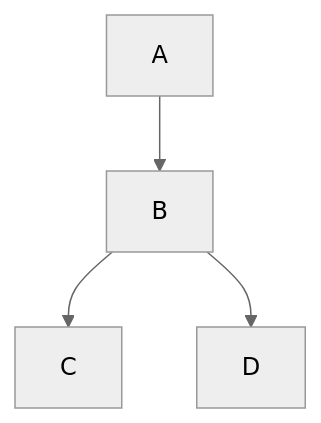
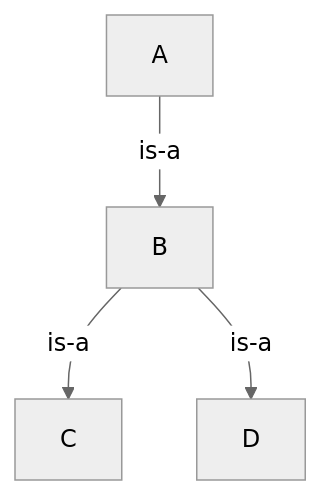
Before and after one commit to chanduujjina/JSE_Practice_2025_B1: the fourth of 5 diagrams in TypesOfInheritance.md, drawn with Mermaid (neutral theme). The commit also changed other lines of this file, not shown here.

````diff
--- a/TypesOfInheritance.md
+++ b/TypesOfInheritance.md
@@ -29,7 +29,7 @@
 ```mermaid
 graph TD;
-    A-->B;
-    B-->C
-    B-->D
+    A-->|is-a|B;
+    B-->|is-a|C
+    B-->|is-a|D
     
 ```
````
